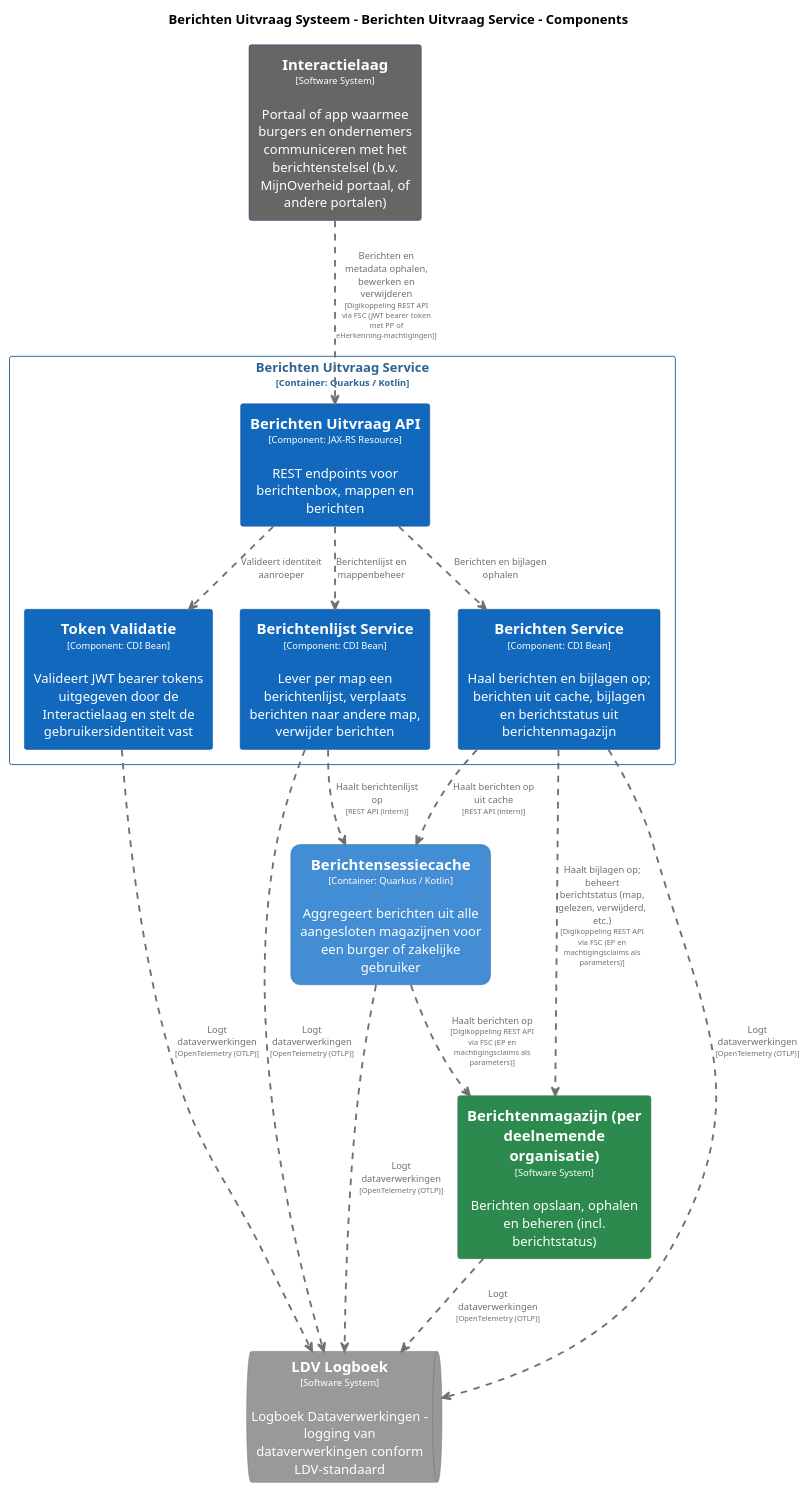
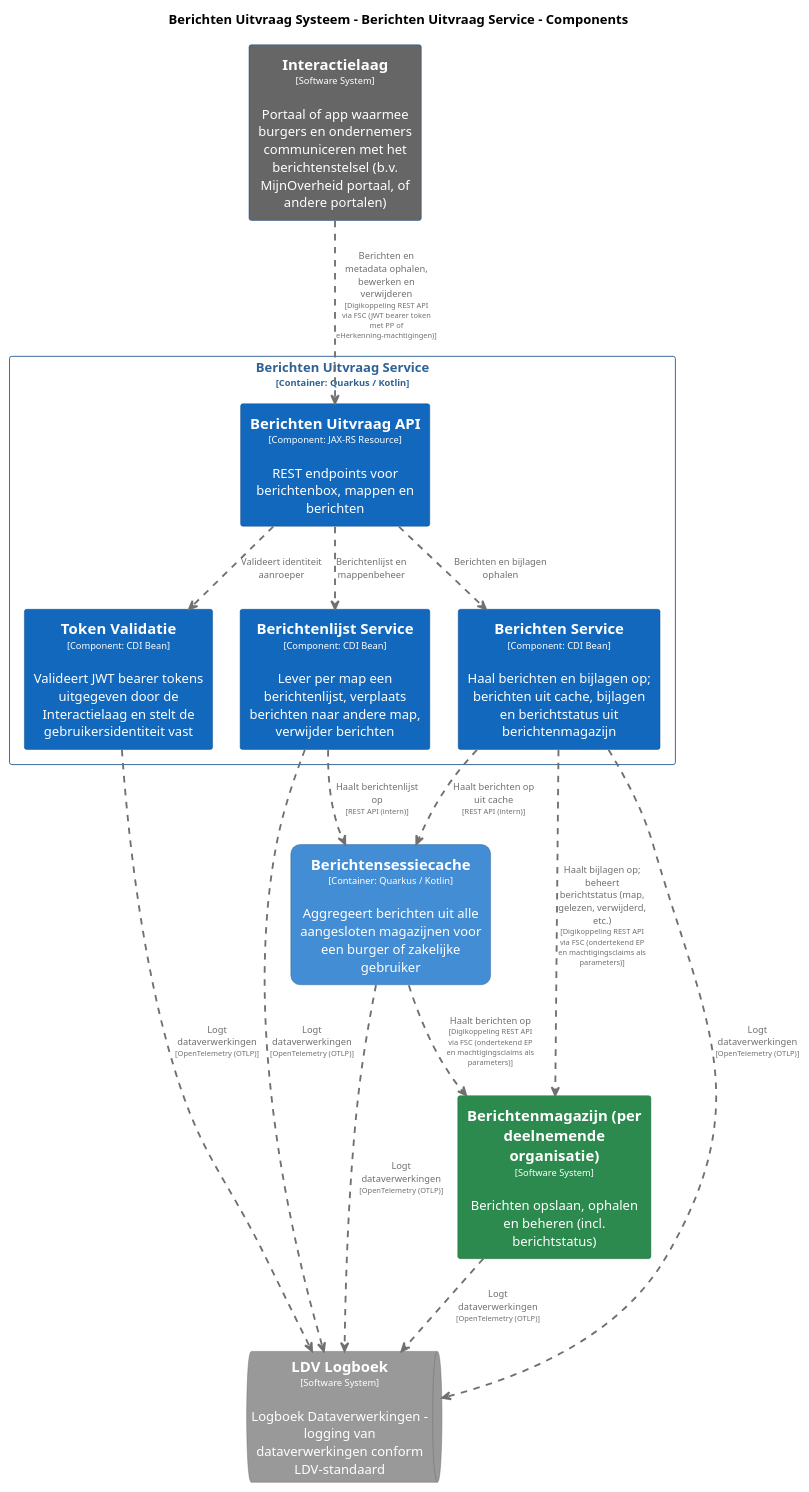
One commit to MinBZK/moza-poc-fbs-berichtenbox changed the diagram in pr-preview/pr-22/master/puml/BerichtenUitvraagServiceComponenten.puml. Above: the diagram before and after it, drawn with PlantUML. The commit also changed 37 other files, not shown here.

```diff
--- a/pr-preview/pr-22/master/puml/BerichtenUitvraagServiceComponenten.puml
+++ b/pr-preview/pr-22/master/puml/BerichtenUitvraagServiceComponenten.puml
@@ -1,98 +1,98 @@
 @startuml
 set separator none
 title Berichten Uitvraag Systeem - Berichten Uitvraag Service - Components
 
 top to bottom direction
 skinparam ranksep 60
 skinparam nodesep 30
 
 skinparam {
   arrowFontSize 10
   defaultTextAlignment center
   wrapWidth 200
   maxMessageSize 100
 }
 
 hide stereotype
 
 skinparam rectangle<<BerichtenUitvraagSysteem.BerichtenUitvraagService.BerichtenService>> {
   BackgroundColor #1168bd
   FontColor #ffffff
   BorderColor #0b4884
   shadowing false
 }
 skinparam rectangle<<BerichtenUitvraagSysteem.BerichtenUitvraagService.BerichtenUitvraagAPI>> {
   BackgroundColor #1168bd
   FontColor #ffffff
   BorderColor #0b4884
   shadowing false
 }
 skinparam rectangle<<BerichtenUitvraagSysteem.BerichtenUitvraagService.BerichtenlijstService>> {
   BackgroundColor #1168bd
   FontColor #ffffff
   BorderColor #0b4884
   shadowing false
 }
 skinparam rectangle<<Berichtenmagazijnperdeelnemendeorganisatie>> {
   BackgroundColor #2d8a4e
   FontColor #ffffff
   BorderColor #1e6b38
   shadowing false
 }
 skinparam rectangle<<BerichtenUitvraagSysteem.Berichtensessiecache>> {
   BackgroundColor #438dd5
   FontColor #ffffff
   BorderColor #2e6295
   roundCorner 20
   shadowing false
 }
 skinparam rectangle<<Interactielaag>> {
   BackgroundColor #666666
   FontColor #ffffff
   BorderColor #0b4884
   shadowing false
 }
 skinparam queue<<LDVLogboek>> {
   BackgroundColor #999999
   FontColor #ffffff
   BorderColor #6b6b6b
   shadowing false
 }
 skinparam rectangle<<BerichtenUitvraagSysteem.BerichtenUitvraagService.TokenValidatie>> {
   BackgroundColor #1168bd
   FontColor #ffffff
   BorderColor #0b4884
   shadowing false
 }
 skinparam rectangle<<BerichtenUitvraagSysteem.BerichtenUitvraagService>> {
   BorderColor #2e6295
   FontColor #2e6295
   shadowing false
 }
 
 rectangle "==Interactielaag\n<size:10>[Software System]</size>\n\nPortaal of app waarmee burgers en ondernemers communiceren met het berichtenstelsel (b.v. MijnOverheid portaal, of andere portalen)" <<Interactielaag>> as Interactielaag
 rectangle "==Berichtenmagazijn (per deelnemende organisatie)\n<size:10>[Software System]</size>\n\nBerichten opslaan, ophalen en beheren (incl. berichtstatus)" <<Berichtenmagazijnperdeelnemendeorganisatie>> as Berichtenmagazijnperdeelnemendeorganisatie
 rectangle "==Berichtensessiecache\n<size:10>[Container: Quarkus / Kotlin]</size>\n\nAggregeert berichten uit alle aangesloten magazijnen voor een burger of zakelijke gebruiker" <<BerichtenUitvraagSysteem.Berichtensessiecache>> as BerichtenUitvraagSysteem.Berichtensessiecache
 queue "==LDV Logboek\n<size:10>[Software System]</size>\n\nLogboek Dataverwerkingen - logging van dataverwerkingen conform LDV-standaard" <<LDVLogboek>> as LDVLogboek
 
 rectangle "Berichten Uitvraag Service\n<size:10>[Container: Quarkus / Kotlin]</size>" <<BerichtenUitvraagSysteem.BerichtenUitvraagService>> {
   rectangle "==Berichten Uitvraag API\n<size:10>[Component: JAX-RS Resource]</size>\n\nREST endpoints voor berichtenbox, mappen en berichten" <<BerichtenUitvraagSysteem.BerichtenUitvraagService.BerichtenUitvraagAPI>> as BerichtenUitvraagSysteem.BerichtenUitvraagService.BerichtenUitvraagAPI
   rectangle "==Token Validatie\n<size:10>[Component: CDI Bean]</size>\n\nValideert JWT bearer tokens uitgegeven door de Interactielaag en stelt de gebruikersidentiteit vast" <<BerichtenUitvraagSysteem.BerichtenUitvraagService.TokenValidatie>> as BerichtenUitvraagSysteem.BerichtenUitvraagService.TokenValidatie
   rectangle "==Berichtenlijst Service\n<size:10>[Component: CDI Bean]</size>\n\nLever per map een berichtenlijst, verplaats berichten naar andere map, verwijder berichten" <<BerichtenUitvraagSysteem.BerichtenUitvraagService.BerichtenlijstService>> as BerichtenUitvraagSysteem.BerichtenUitvraagService.BerichtenlijstService
   rectangle "==Berichten Service\n<size:10>[Component: CDI Bean]</size>\n\nHaal berichten en bijlagen op; berichten uit cache, bijlagen en berichtstatus uit berichtenmagazijn" <<BerichtenUitvraagSysteem.BerichtenUitvraagService.BerichtenService>> as BerichtenUitvraagSysteem.BerichtenUitvraagService.BerichtenService
 }
 
-BerichtenUitvraagSysteem.Berichtensessiecache .[#707070,thickness=2].> Berichtenmagazijnperdeelnemendeorganisatie : "<color:#707070>Haalt berichten op\n<color:#707070><size:8>[Digikoppeling REST API via FSC (EP en machtigingsclaims als parameters)]</size>"
+BerichtenUitvraagSysteem.Berichtensessiecache .[#707070,thickness=2].> Berichtenmagazijnperdeelnemendeorganisatie : "<color:#707070>Haalt berichten op\n<color:#707070><size:8>[Digikoppeling REST API via FSC (ondertekend EP en machtigingsclaims als parameters)]</size>"
 Berichtenmagazijnperdeelnemendeorganisatie .[#707070,thickness=2].> LDVLogboek : "<color:#707070>Logt dataverwerkingen\n<color:#707070><size:8>[OpenTelemetry (OTLP)]</size>"
 BerichtenUitvraagSysteem.Berichtensessiecache .[#707070,thickness=2].> LDVLogboek : "<color:#707070>Logt dataverwerkingen\n<color:#707070><size:8>[OpenTelemetry (OTLP)]</size>"
 BerichtenUitvraagSysteem.BerichtenUitvraagService.TokenValidatie .[#707070,thickness=2].> LDVLogboek : "<color:#707070>Logt dataverwerkingen\n<color:#707070><size:8>[OpenTelemetry (OTLP)]</size>"
 BerichtenUitvraagSysteem.BerichtenUitvraagService.BerichtenlijstService .[#707070,thickness=2].> LDVLogboek : "<color:#707070>Logt dataverwerkingen\n<color:#707070><size:8>[OpenTelemetry (OTLP)]</size>"
 BerichtenUitvraagSysteem.BerichtenUitvraagService.BerichtenService .[#707070,thickness=2].> LDVLogboek : "<color:#707070>Logt dataverwerkingen\n<color:#707070><size:8>[OpenTelemetry (OTLP)]</size>"
 BerichtenUitvraagSysteem.BerichtenUitvraagService.BerichtenUitvraagAPI .[#707070,thickness=2].> BerichtenUitvraagSysteem.BerichtenUitvraagService.TokenValidatie : "<color:#707070>Valideert identiteit aanroeper"
 BerichtenUitvraagSysteem.BerichtenUitvraagService.BerichtenUitvraagAPI .[#707070,thickness=2].> BerichtenUitvraagSysteem.BerichtenUitvraagService.BerichtenlijstService : "<color:#707070>Berichtenlijst en mappenbeheer"
 BerichtenUitvraagSysteem.BerichtenUitvraagService.BerichtenUitvraagAPI .[#707070,thickness=2].> BerichtenUitvraagSysteem.BerichtenUitvraagService.BerichtenService : "<color:#707070>Berichten en bijlagen ophalen"
 BerichtenUitvraagSysteem.BerichtenUitvraagService.BerichtenService .[#707070,thickness=2].> BerichtenUitvraagSysteem.Berichtensessiecache : "<color:#707070>Haalt berichten op uit cache\n<color:#707070><size:8>[REST API (intern)]</size>"
 BerichtenUitvraagSysteem.BerichtenUitvraagService.BerichtenlijstService .[#707070,thickness=2].> BerichtenUitvraagSysteem.Berichtensessiecache : "<color:#707070>Haalt berichtenlijst op\n<color:#707070><size:8>[REST API (intern)]</size>"
 Interactielaag .[#707070,thickness=2].> BerichtenUitvraagSysteem.BerichtenUitvraagService.BerichtenUitvraagAPI : "<color:#707070>Berichten en metadata ophalen, bewerken en verwijderen\n<color:#707070><size:8>[Digikoppeling REST API via FSC (JWT bearer token met PP of eHerkenning-machtigingen)]</size>"
-BerichtenUitvraagSysteem.BerichtenUitvraagService.BerichtenService .[#707070,thickness=2].> Berichtenmagazijnperdeelnemendeorganisatie : "<color:#707070>Haalt bijlagen op; beheert berichtstatus (map, gelezen, verwijderd, etc.)\n<color:#707070><size:8>[Digikoppeling REST API via FSC (EP en machtigingsclaims als parameters)]</size>"
+BerichtenUitvraagSysteem.BerichtenUitvraagService.BerichtenService .[#707070,thickness=2].> Berichtenmagazijnperdeelnemendeorganisatie : "<color:#707070>Haalt bijlagen op; beheert berichtstatus (map, gelezen, verwijderd, etc.)\n<color:#707070><size:8>[Digikoppeling REST API via FSC (ondertekend EP en machtigingsclaims als parameters)]</size>"
 @enduml
```
